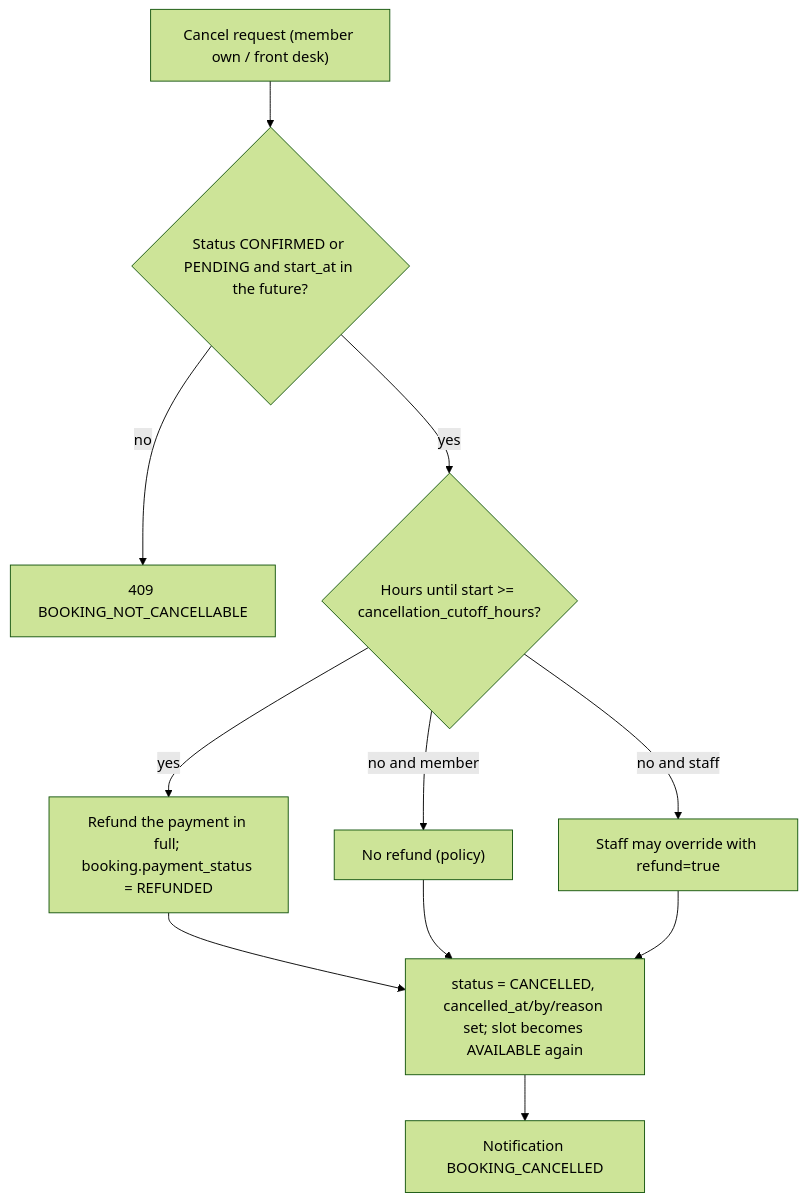
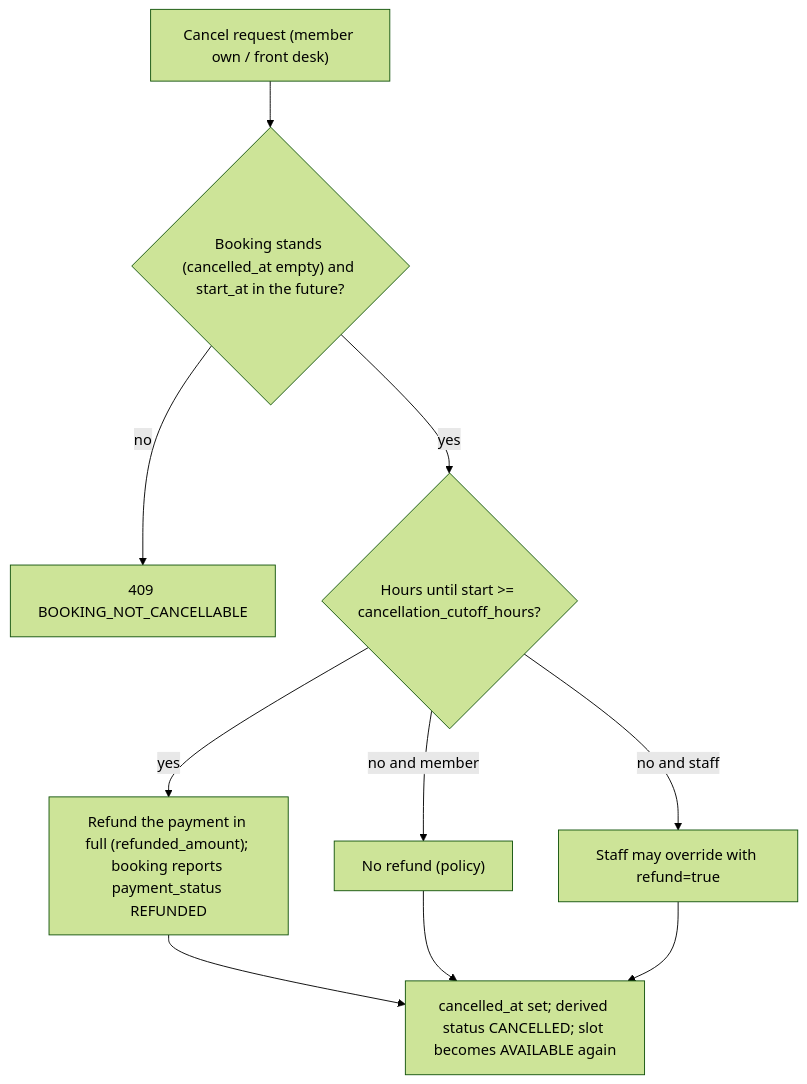
One commit to OjasPurohit/Meridian-Bay changed the seventh of 18 diagrams in docs/workflows/USER_FLOWS.md. Above: the diagram before and after it, drawn with Mermaid (forest theme). The commit also changed other lines of this file and 276 other files, not shown here.

````diff
--- a/docs/workflows/USER_FLOWS.md
+++ b/docs/workflows/USER_FLOWS.md
@@ -163,13 +158,12 @@
 ```mermaid
 flowchart TB
-  S["Cancel request (member own / front desk)"] --> C1{"Status CONFIRMED or PENDING and start_at in the future?"}
+  S["Cancel request (member own / front desk)"] --> C1{"Booking stands (cancelled_at empty) and start_at in the future?"}
   C1 -->|no| X["409 BOOKING_NOT_CANCELLABLE"]
   C1 -->|yes| C2{"Hours until start >= cancellation_cutoff_hours?"}
-  C2 -->|yes| R["Refund the payment in full; booking.payment_status = REFUNDED"]
+  C2 -->|yes| R["Refund the payment in full (refunded_amount); booking reports payment_status REFUNDED"]
   C2 -->|no and member| N["No refund (policy)"]
   C2 -->|no and staff| O["Staff may override with refund=true"]
-  R --> F["status = CANCELLED, cancelled_at/by/reason set; slot becomes AVAILABLE again"]
+  R --> F["cancelled_at set; derived status CANCELLED; slot becomes AVAILABLE again"]
   N --> F
   O --> F
-  F --> NT["Notification BOOKING_CANCELLED"]
 ```
````
